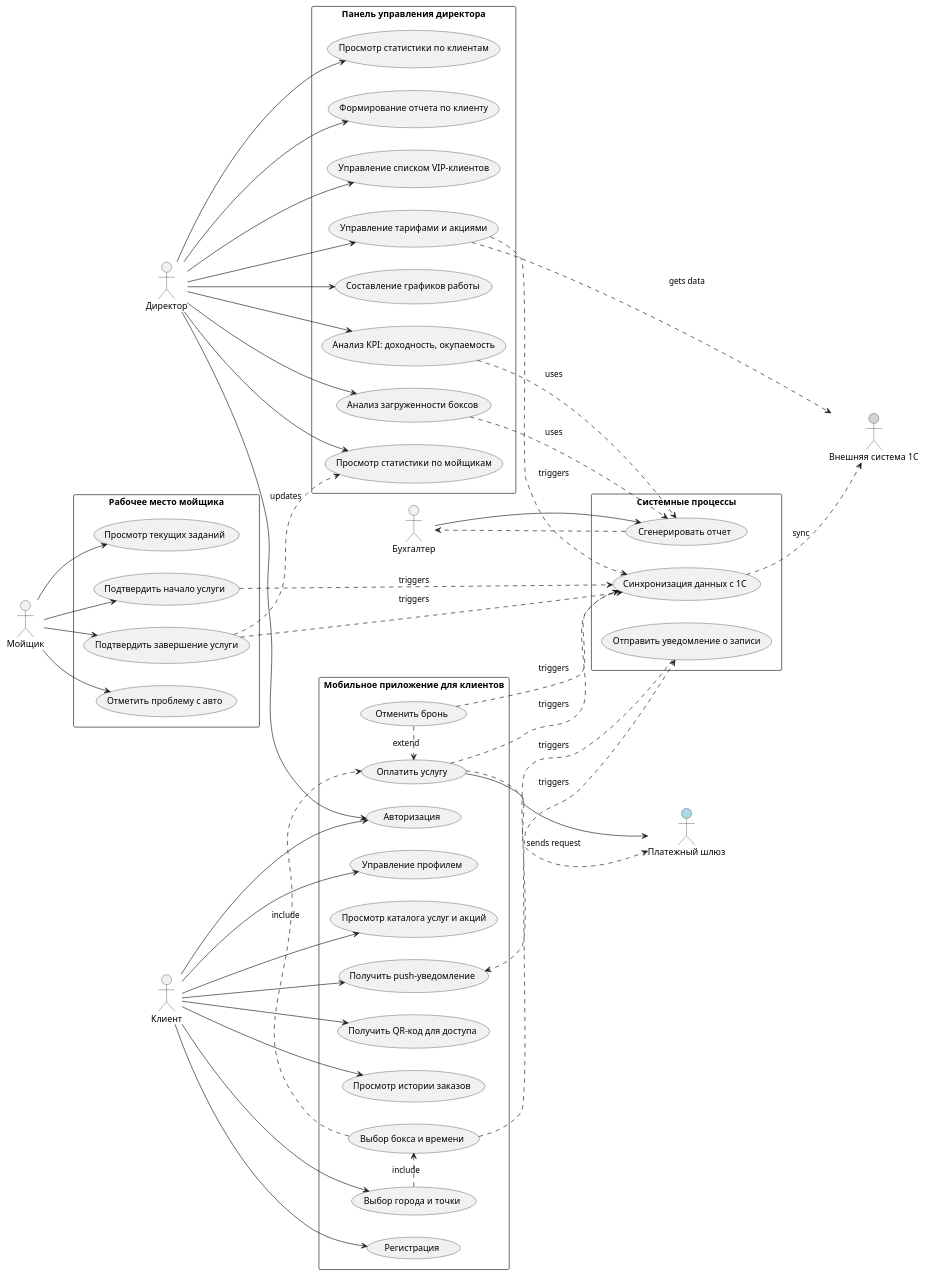
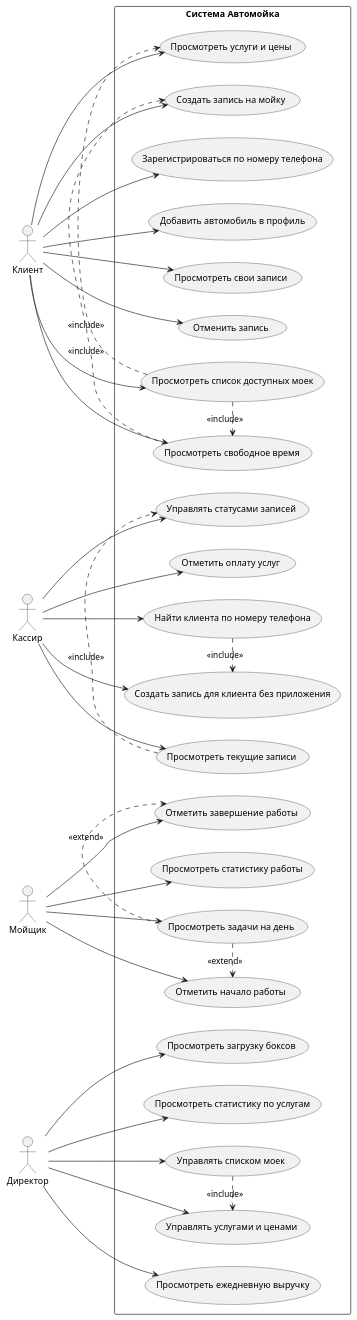
One commit to X3merrr/CarWashing_project changed the diagram in UML_UseCases.plantuml. Above: the diagram before and after it, drawn with PlantUML. The commit also changed 9 other files, not shown here.

```diff
--- a/UML_UseCases.plantuml
+++ b/UML_UseCases.plantuml
@@ -1,102 +1,71 @@
 @startuml
 left to right direction
 
 actor Клиент
+actor Кассир
+actor Мойщик
 actor Директор
-actor Бухгалтер
-actor Мойщик
-actor "Платежный шлюз" as PaymentGateway #LightBlue
-actor "Внешняя система 1С" as 1C #LightGray
 
-rectangle "Мобильное приложение для клиентов" {
-  usecase (Регистрация) as UC1
-  usecase (Авторизация) as UC2
-  usecase (Управление профилем) as UC3
-
-  usecase (Просмотр каталога услуг и акций) as UC4
-  usecase (Выбор города и точки) as UC5
-  usecase (Выбор бокса и времени) as UC6
-  usecase (Оплатить услугу) as UC7
-  usecase (Отменить бронь) as UC8
-  usecase (Просмотр истории заказов) as UC9
-
-  usecase (Получить QR-код для доступа) as UC10
-  usecase (Получить push-уведомление) as UC11
-
-  UC5 .> UC6 : include
-  UC6 .> UC7 : include
-  UC8 .> UC7 : extend
-  UC7 .> PaymentGateway : sends request
+rectangle "Система Автомойка" {
+  (Зарегистрироваться по номеру телефона) as UC001
+  (Добавить автомобиль в профиль) as UC002
+  (Просмотреть список доступных моек) as UC003
+  (Просмотреть услуги и цены) as UC004
+  (Просмотреть свободное время) as UC005
+  (Создать запись на мойку) as UC006
+  (Просмотреть свои записи) as UC007
+  (Отменить запись) as UC008
+  
+  (Найти клиента по номеру телефона) as UC009
+  (Создать запись для клиента без приложения) as UC010
+  (Просмотреть текущие записи) as UC011
+  (Отметить оплату услуг) as UC012
+  (Управлять статусами записей) as UC013
+  
+  (Просмотреть задачи на день) as UC014
+  (Отметить начало работы) as UC015
+  (Отметить завершение работы) as UC016
+  (Просмотреть статистику работы) as UC017
+  
+  (Просмотреть ежедневную выручку) as UC018
+  (Просмотреть загрузку боксов) as UC019
+  (Просмотреть статистику по услугам) as UC020
+  (Управлять списком моек) as UC021
+  (Управлять услугами и ценами) as UC022
 }
 
-rectangle "Панель управления директора" {
-  usecase (Анализ KPI: доходность, окупаемость) as UCD1
-  usecase (Анализ загруженности боксов) as UCD2
-  usecase (Просмотр статистики по клиентам) as UCD3
-  usecase (Формирование отчета по клиенту) as UCD4
-  usecase (Управление списком VIP-клиентов) as UCD5
-  usecase (Управление тарифами и акциями) as UCD6
-  usecase (Просмотр статистики по мойщикам) as UCD7
-  usecase (Составление графиков работы) as UCD8
-}
+Клиент --> UC001
+Клиент --> UC002
+Клиент --> UC003
+Клиент --> UC004
+Клиент --> UC005
+Клиент --> UC006
+Клиент --> UC007
+Клиент --> UC008
 
-rectangle "Рабочее место мойщика" {
-  usecase (Просмотр текущих заданий) as UCW1
-  usecase (Подтвердить начало услуги) as UCW2
-  usecase (Подтвердить завершение услуги) as UCW3
-  usecase (Отметить проблему с авто) as UCW4
-}
+Кассир --> UC009
+Кассир --> UC010
+Кассир --> UC011
+Кассир --> UC012
+Кассир --> UC013
 
-rectangle "Системные процессы" {
-  usecase (Синхронизация данных с 1С) as UCA1
-  usecase (Отправить уведомление о записи) as UCA2
-  usecase (Сгенерировать отчет) as UCA3
-}
+Мойщик --> UC014
+Мойщик --> UC015
+Мойщик --> UC016
+Мойщик --> UC017
 
-Клиент --> UC1
-Клиент --> UC2
-Клиент --> UC3
-Клиент --> UC4
-Клиент --> UC5
-Клиент --> UC9
-Клиент --> UC10
-Клиент --> UC11
+Директор --> UC018
+Директор --> UC019
+Директор --> UC020
+Директор --> UC021
+Директор --> UC022
 
-Директор --> UC2
-Директор --> UCD1
-Директор --> UCD2
-Директор --> UCD3
-Директор --> UCD4
-Директор --> UCD5
-Директор --> UCD6
-Директор --> UCD7
-Директор --> UCD8
-
-Бухгалтер --> UCA3
-
-Мойщик --> UCW1
-Мойщик --> UCW2
-Мойщик --> UCW3
-Мойщик --> UCW4
-
-' Связи с внешними системами
-UC7 --> PaymentGateway
-UCD6 ..> 1C : gets data
-UCA1 ..> 1C : sync
-UCA3 ..> Бухгалтер
-
-' Внутренние системные связи
-UC7 ..> UCA1 : triggers
-UC8 ..> UCA1 : triggers
-UCD6 ..> UCA1 : triggers
-UCD2 ..> UCA3 : uses
-UCD1 ..> UCA3 : uses
-
-UC6 ..> UCA2 : triggers
-UCA2 ..> UC11 : triggers
-
-UCW2 ..> UCA1 : triggers
-UCW3 ..> UCA1 : triggers
-UCW3 ..> UCD7 : updates
-
+UC003 .> UC005 : <<include>>
+UC003 .> UC004 : <<include>>
+UC005 .> UC006 : <<include>>
+UC009 .> UC010 : <<include>>
+UC011 .> UC013 : <<include>>
+UC014 .> UC015 : <<extend>>
+UC014 .> UC016 : <<extend>>
+UC021 .> UC022 : <<include>>
 @enduml
```
